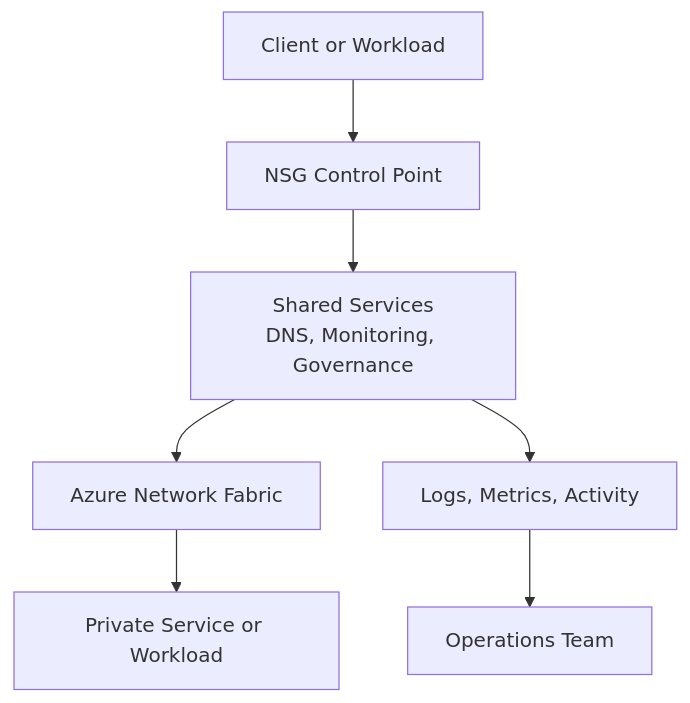
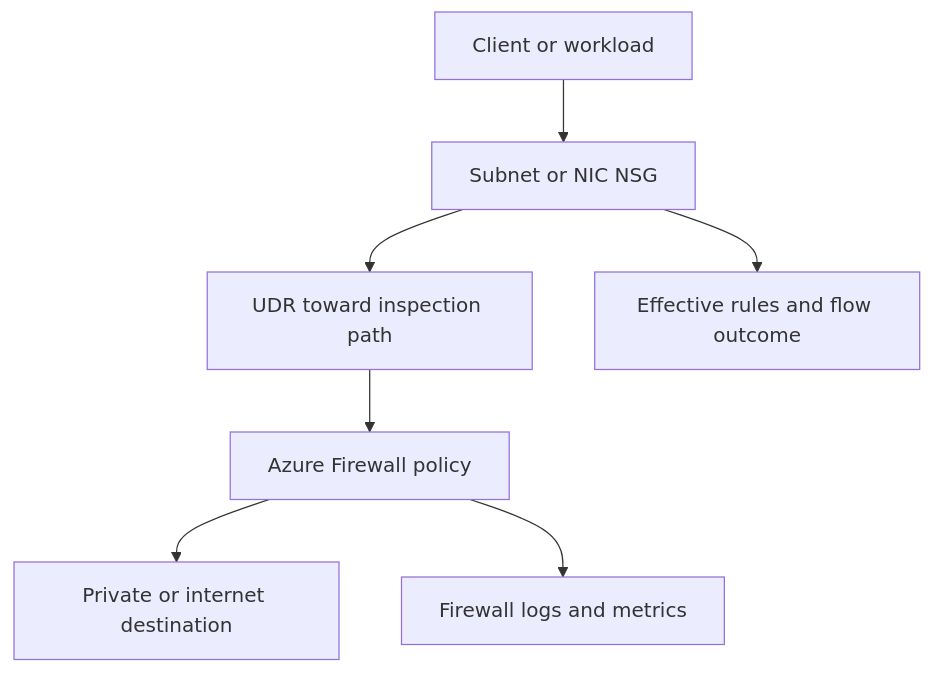
The diagram in docs/best-practices/nsg-and-firewall-best-practices.md (yeongseon/azure-networking-practical-guide), drawn with Mermaid before and after one commit. The commit also changed other lines of this file and 11 other files, not shown here.

````diff
--- a/docs/best-practices/nsg-and-firewall-best-practices.md
+++ b/docs/best-practices/nsg-and-firewall-best-practices.md
@@ -38,10 +34,9 @@
 ```mermaid
 flowchart TD
-                Source[Client or Workload] --> Control[NSG Control Point]
-                Control --> Shared[Shared Services
-DNS, Monitoring, Governance]
-                Shared --> Azure[Azure Network Fabric]
-                Azure --> Target[Private Service or Workload]
-                Shared --> Logs[Logs, Metrics, Activity]
-                Logs --> Ops[Operations Team]
+    Client[Client or workload] --> NSG[Subnet or NIC NSG]
+    NSG --> Route[UDR toward inspection path]
+    Route --> Firewall[Azure Firewall policy]
+    Firewall --> Destination[Private or internet destination]
+    Firewall --> Logs[Firewall logs and metrics]
+    NSG --> FlowState[Effective rules and flow outcome]
 ```
````
